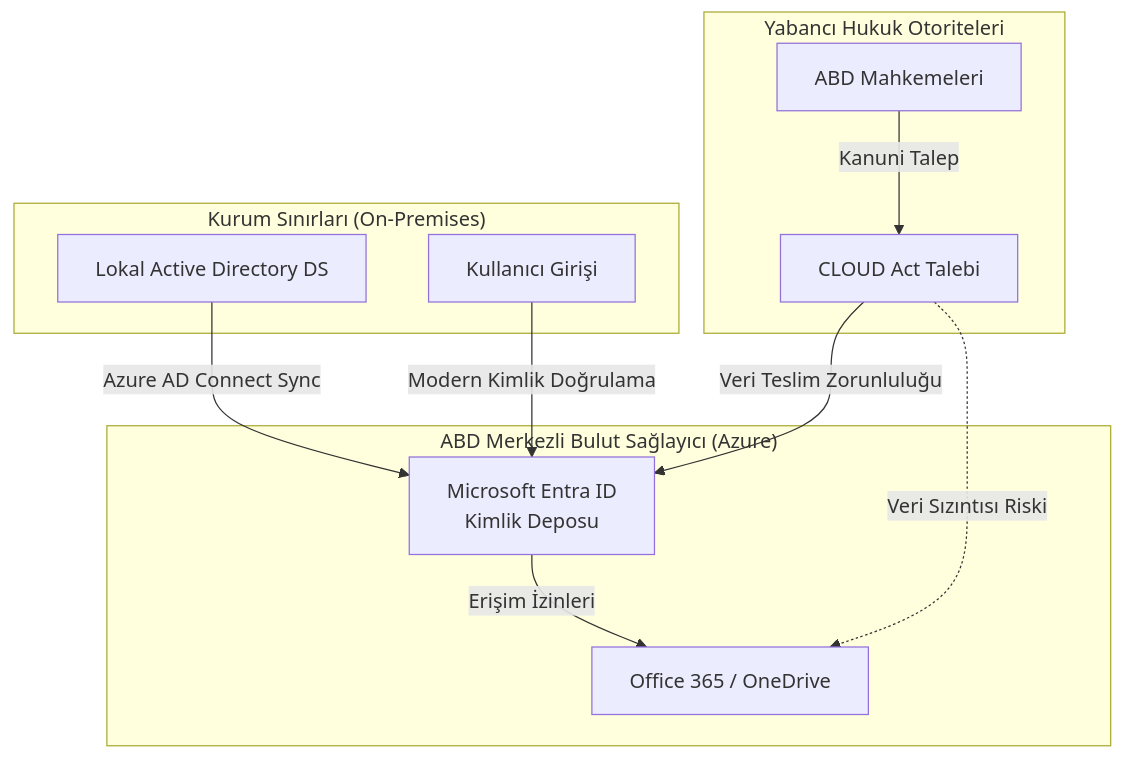
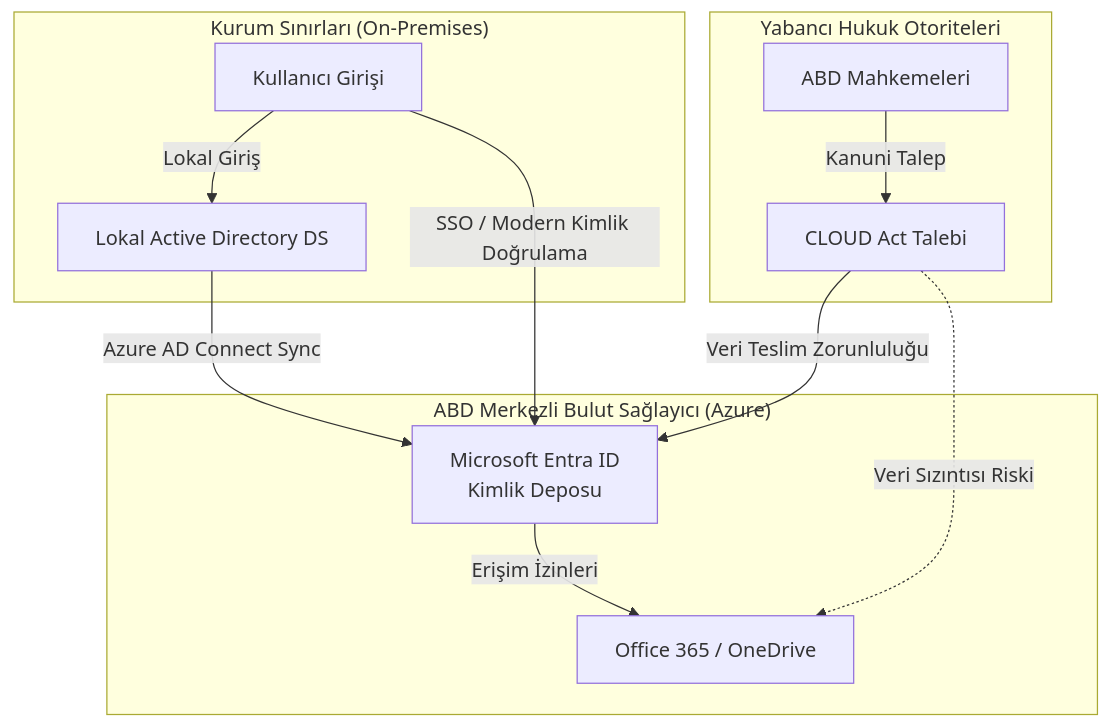
The first of 2 diagrams in website/content/nextcloud-onlyoffice/tr.md (yusufarbc/yusufarbc), drawn with Mermaid before and after one commit. The commit also changed other lines of this file and 20 other files, not shown here.

````diff
--- a/website/content/nextcloud-onlyoffice/tr.md
+++ b/website/content/nextcloud-onlyoffice/tr.md
@@ -68,25 +76,26 @@
 ```mermaid
 graph TD
     subgraph "Kurum Sınırları (On-Premises)"
         AD[Lokal Active Directory DS]
         User[Kullanıcı Girişi]
     end
 
     subgraph "ABD Merkezli Bulut Sağlayıcı (Azure)"
         Entra[Microsoft Entra ID <br/> Kimlik Deposu]
         SaaS[Office 365 / OneDrive]
     end
 
     subgraph "Yabancı Hukuk Otoriteleri"
         Court[ABD Mahkemeleri]
         CloudAct[CLOUD Act Talebi]
     end
 
     AD -->|Azure AD Connect Sync| Entra
-    User -->|Modern Kimlik Doğrulama| Entra
+    User -->|Lokal Giriş| AD
+    User -->|SSO / Modern Kimlik Doğrulama| Entra
     Entra -->|Erişim İzinleri| SaaS
     
     Court -->|Kanuni Talep| CloudAct
     CloudAct -->|Veri Teslim Zorunluluğu| Entra
     CloudAct -.->|Veri Sızıntısı Riski| SaaS
 ```
````
